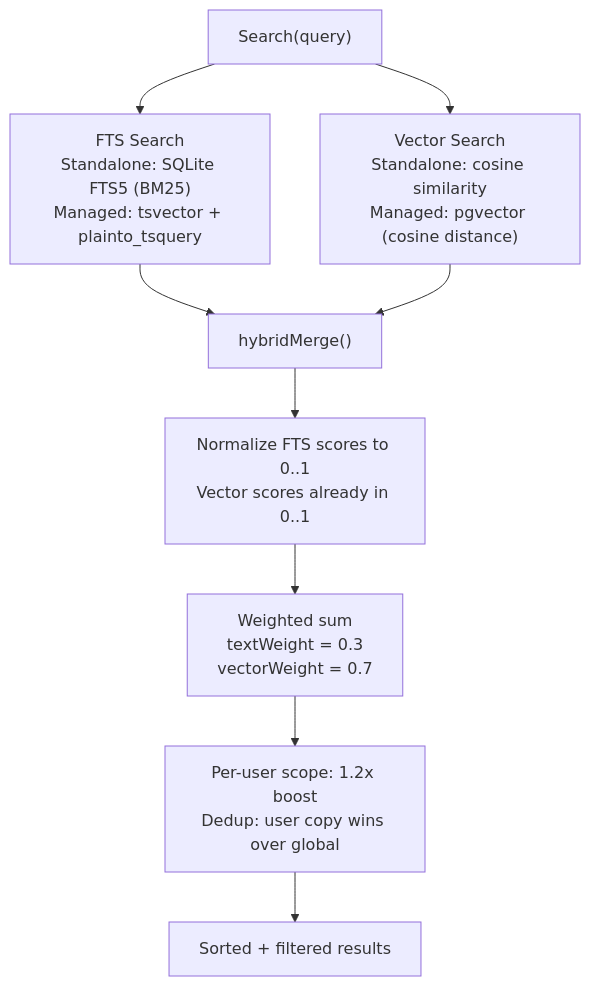
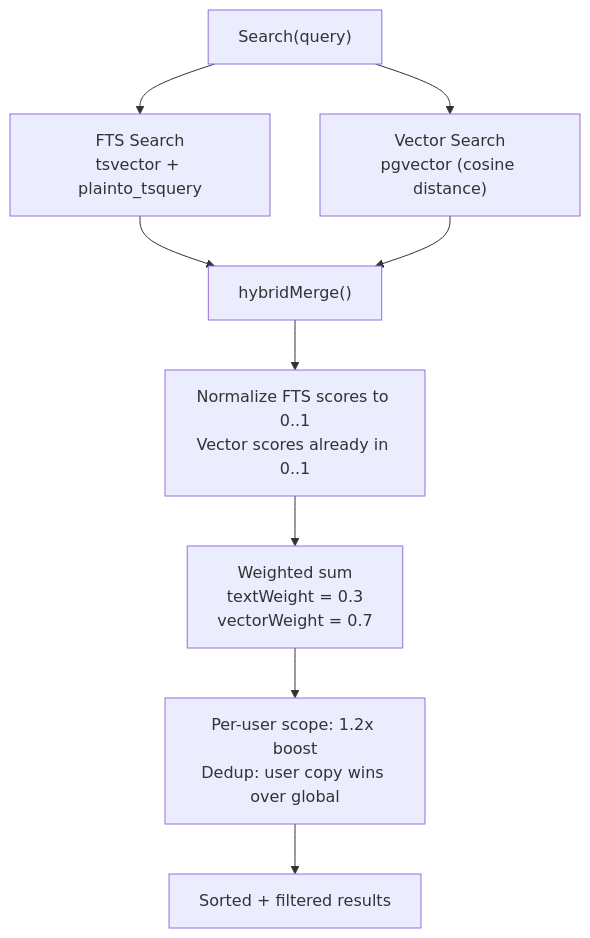
Diagram 12 of 13 in docs/07-bootstrap-skills-memory.md (qkhalk/goclaw), drawn with Mermaid before and after one commit. The commit also changed other lines of this file and 182 other files, not shown here.

First line of the commit message:
refactor: remove standalone mode, consolidate to managed-only (PostgreSQL) (#70)

````diff
--- a/docs/07-bootstrap-skills-memory.md
+++ b/docs/07-bootstrap-skills-memory.md
@@ -433,11 +408,11 @@
 ```mermaid
 flowchart TD
-    Q["Search(query)"] --> FTS["FTS Search<br/>Standalone: SQLite FTS5 (BM25)<br/>Managed: tsvector + plainto_tsquery"]
-    Q --> VEC["Vector Search<br/>Standalone: cosine similarity<br/>Managed: pgvector (cosine distance)"]
+    Q["Search(query)"] --> FTS["FTS Search<br/>tsvector + plainto_tsquery"]
+    Q --> VEC["Vector Search<br/>pgvector (cosine distance)"]
     FTS --> MERGE["hybridMerge()"]
     VEC --> MERGE
     MERGE --> NORM["Normalize FTS scores to 0..1<br/>Vector scores already in 0..1"]
     NORM --> WEIGHT["Weighted sum<br/>textWeight = 0.3<br/>vectorWeight = 0.7"]
     WEIGHT --> BOOST["Per-user scope: 1.2x boost<br/>Dedup: user copy wins over global"]
     BOOST --> RESULT["Sorted + filtered results"]
 ```
````
